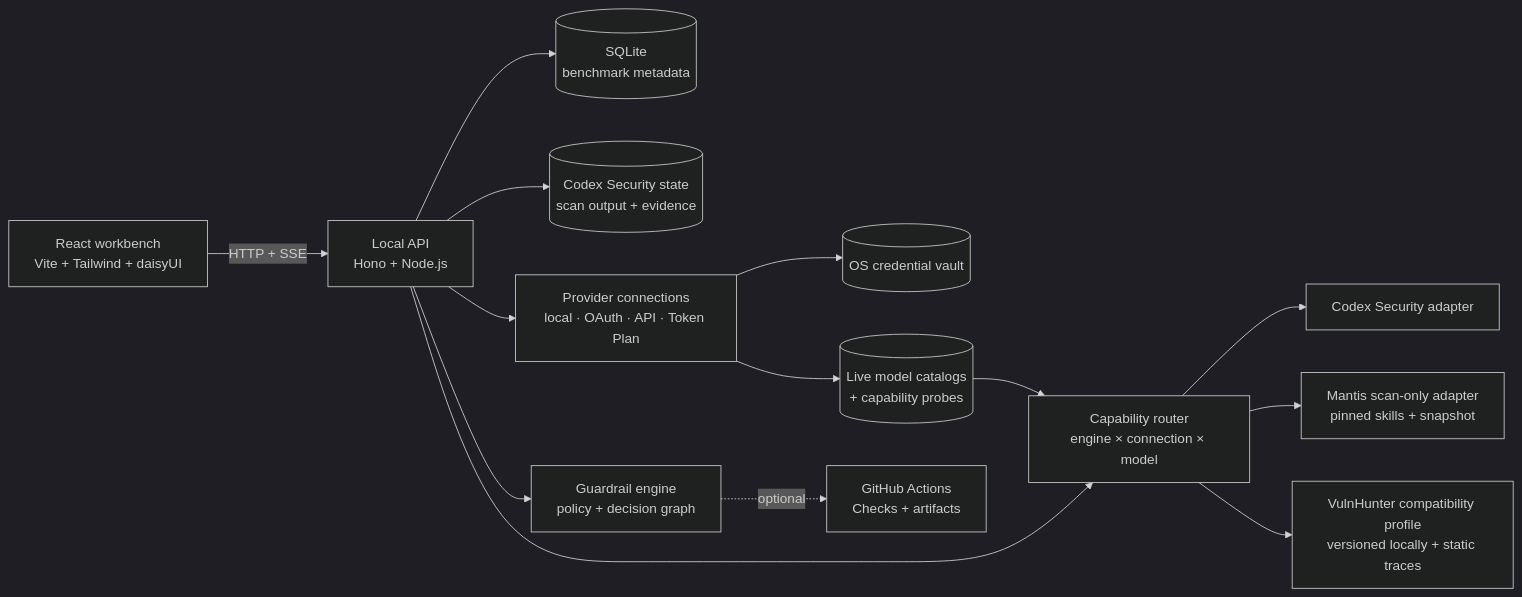
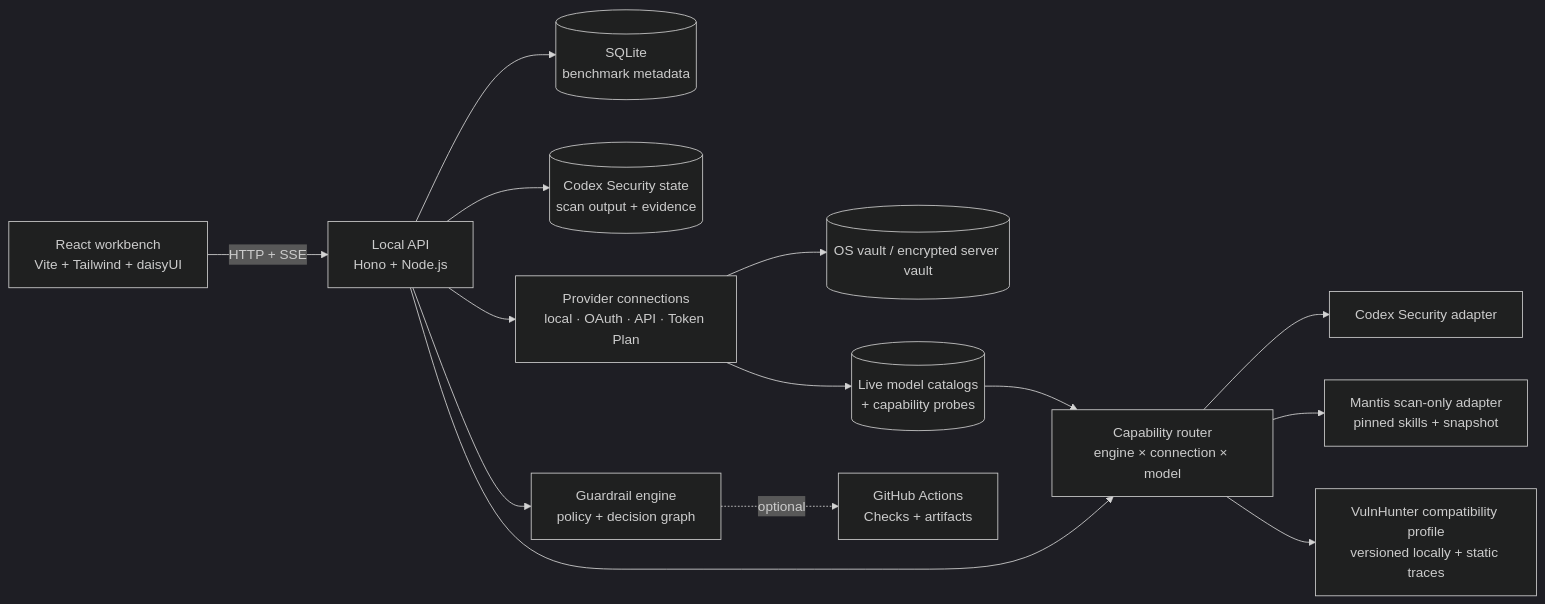
Before and after one commit to OkamiOps/okami-sentinel: the diagram in README.md, drawn with Mermaid (dark theme). The commit also changed other lines of this file and 4 other files, not shown here.

````diff
--- a/README.md
+++ b/README.md
@@ -148,30 +148,30 @@
 ```mermaid
 flowchart LR
     UI["React workbench\nVite + Tailwind + daisyUI"]
     API["Local API\nHono + Node.js"]
     DB[("SQLite\nbenchmark metadata")]
     STATE[("Codex Security state\nscan output + evidence")]
     CONNECTIONS["Provider connections\nlocal · OAuth · API · Token Plan"]
-    VAULT[("OS credential vault")]
+    VAULT[("OS vault / encrypted server vault")]
     MODELS[("Live model catalogs\n+ capability probes")]
     ROUTER["Capability router\nengine × connection × model"]
     CODEXSEC["Codex Security adapter"]
     MANTIS["Mantis scan-only adapter\npinned skills + snapshot"]
     VULNHUNTER["VulnHunter compatibility profile\nversioned locally + static traces"]
     GATE["Guardrail engine\npolicy + decision graph"]
     GH["GitHub Actions\nChecks + artifacts"]
 
     UI -->|HTTP + SSE| API
     API --> DB
     API --> STATE
     API --> CONNECTIONS
     CONNECTIONS --> VAULT
     CONNECTIONS --> MODELS
     MODELS --> ROUTER
     API --> ROUTER
     ROUTER --> CODEXSEC
     ROUTER --> MANTIS
     ROUTER --> VULNHUNTER
     API --> GATE
     GATE -. optional .-> GH
 ```
````
